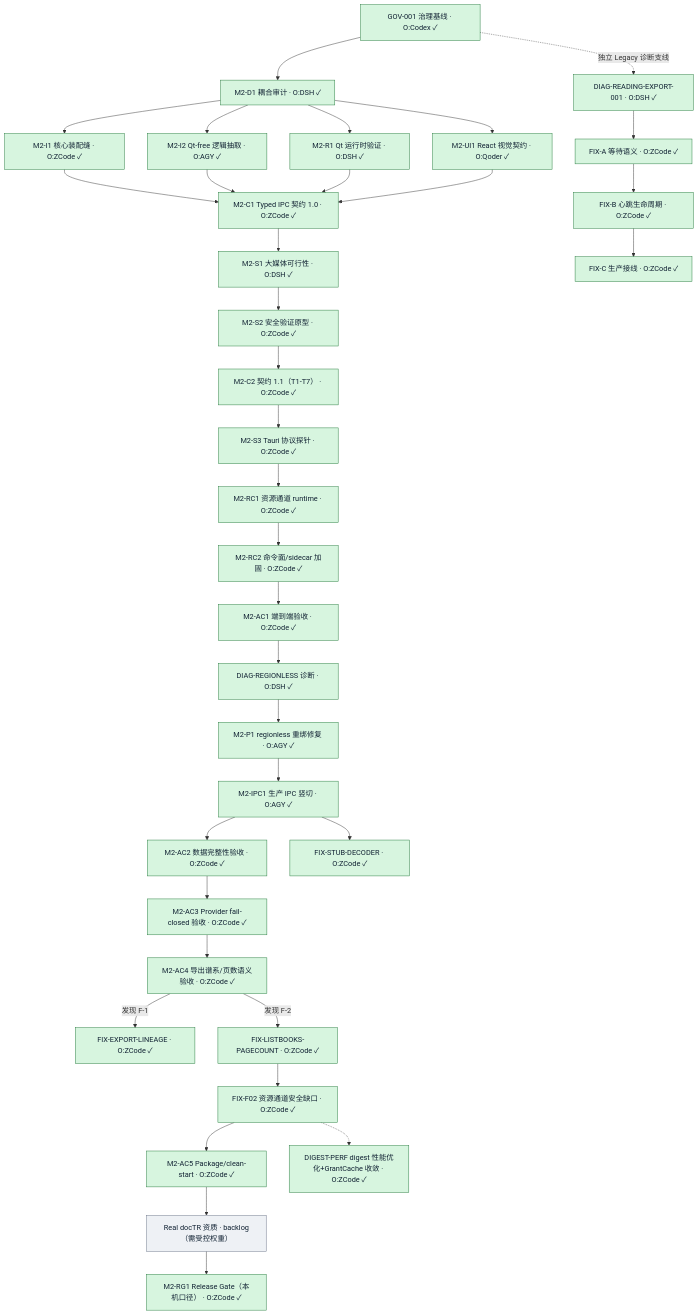
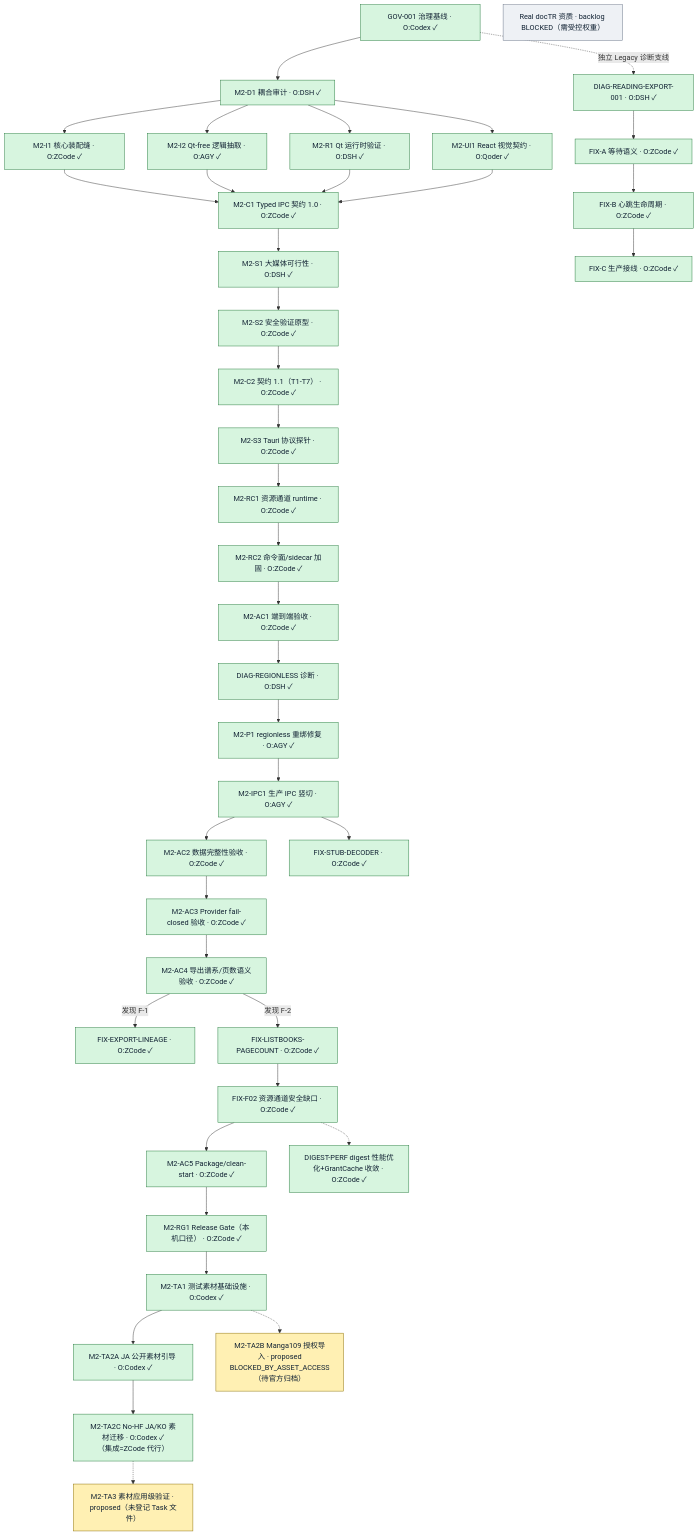
The diagram in doc/REBASELINE_PLAN.md (peakwheat-pixel/New-Manga), drawn with Mermaid before and after one commit. The commit also changed other lines of this file, not shown here.

Commit message:
docs(REBASELINE): sync plan graph/tables to Live Git 29fa6603
- mermaid graph: add asset-family nodes (M2-TA1/TA2A done, TA2B proposed/BLOCKED_BY_ASSET_ACCESS, TA3 proposed); fix stale DOC->RG edge (RG done, docTR independently blocked)
- completed table: add M2-RG1/TA1/TA2A/TA2C rows with Owner/Reviewer/Integrator
- FIX-STUB-DECODER row: stale 'proposed' corrected to done @121a281c per STATUS

````diff
--- a/doc/REBASELINE_PLAN.md
+++ b/doc/REBASELINE_PLAN.md
@@ -74,46 +78,53 @@
 ```mermaid
 flowchart TD
   %% ✓ = done（已集成 main）；O = Owner；R = 非作者 Reviewer；灰色 = backlog 未释放
   GOV["GOV-001 治理基线 · O:Codex ✓"] --> D1["M2-D1 耦合审计 · O:DSH ✓"]
   D1 --> I1["M2-I1 核心装配缝 · O:ZCode ✓"]
   D1 --> I2["M2-I2 Qt-free 逻辑抽取 · O:AGY ✓"]
   D1 --> R1["M2-R1 Qt 运行时验证 · O:DSH ✓"]
   D1 --> UI1["M2-UI1 React 视觉契约 · O:Qoder ✓"]
   I1 --> C1["M2-C1 Typed IPC 契约 1.0 · O:ZCode ✓"]
   I2 --> C1
   R1 --> C1
   UI1 --> C1
   C1 --> S1["M2-S1 大媒体可行性 · O:DSH ✓"]
   S1 --> S2["M2-S2 安全验证原型 · O:ZCode ✓"]
   S2 --> C2["M2-C2 契约 1.1（T1-T7） · O:ZCode ✓"]
   C2 --> S3["M2-S3 Tauri 协议探针 · O:ZCode ✓"]
   S3 --> RC1["M2-RC1 资源通道 runtime · O:ZCode ✓"]
   RC1 --> RC2["M2-RC2 命令面/sidecar 加固 · O:ZCode ✓"]
   RC2 --> AC1["M2-AC1 端到端验收 · O:ZCode ✓"]
   AC1 --> DGR["DIAG-REGIONLESS 诊断 · O:DSH ✓"]
   DGR --> P1["M2-P1 regionless 重绑修复 · O:AGY ✓"]
   P1 --> IPC1["M2-IPC1 生产 IPC 竖切 · O:AGY ✓"]
   IPC1 --> AC2["M2-AC2 数据完整性验收 · O:ZCode ✓"]
   AC2 --> AC3["M2-AC3 Provider fail-closed 验收 · O:ZCode ✓"]
   AC3 --> AC4["M2-AC4 导出谱系/页数语义验收 · O:ZCode ✓"]
   AC4 -->|"发现 F-1"| FXE["FIX-EXPORT-LINEAGE · O:ZCode ✓"]
   AC4 -->|"发现 F-2"| FXL["FIX-LISTBOOKS-PAGECOUNT · O:ZCode ✓"]
   IPC1 --> FXS["FIX-STUB-DECODER · O:ZCode ✓"]
   FXL --> FXF["FIX-F02 资源通道安全缺口 · O:ZCode ✓"]
   GOV -. 独立 Legacy 诊断支线 .-> DIO["DIAG-READING-EXPORT-001 · O:DSH ✓"]
   DIO --> FXA["FIX-A 等待语义 · O:ZCode ✓"]
   FXA --> FXB["FIX-B 心跳生命周期 · O:ZCode ✓"]
   FXB --> FXC["FIX-C 生产接线 · O:ZCode ✓"]
 
-  %% 未完成：backlog（当前仅 Real docTR，BLOCKED 待用户受控权重）
   FXF --> PKG["M2-AC5 Package/clean-start · O:ZCode ✓"]
-  PKG --> DOC["Real docTR 资质 · backlog（需受控权重）"]
-  DOC --> RG["M2-RG1 Release Gate（本机口径） · O:ZCode ✓"]
+  PKG --> RG["M2-RG1 Release Gate（本机口径） · O:ZCode ✓"]
   FXF -.-> DP["DIGEST-PERF digest 性能优化+GrantCache 收敛 · O:ZCode ✓"]
+
+  %% 测试素材家族（2026-09-29 用户授权阶段）
+  RG --> TA1["M2-TA1 测试素材基础设施 · O:Codex ✓"]
+  TA1 --> TA2A["M2-TA2A JA 公开素材引导 · O:Codex ✓"]
+  TA2A --> TA2C["M2-TA2C No-HF JA/KO 素材迁移 · O:Codex ✓<br/>（集成=ZCode 代行）"]
+  TA1 -.-> TA2B["M2-TA2B Manga109 授权导入 · proposed<br/>BLOCKED_BY_ASSET_ACCESS（待官方归档）"]
+  TA2C -.-> TA3["M2-TA3 素材应用级验证 · proposed（未登记 Task 文件）"]
+  DOC["Real docTR 资质 · backlog BLOCKED（需受控权重）"]
 
   classDef done fill:#d7f5df,stroke:#237a3b,color:#123;
   classDef proposed fill:#fff0b3,stroke:#8a6d00,color:#123;
   classDef backlog fill:#eef1f5,stroke:#697386,color:#123;
-  class GOV,D1,I1,I2,R1,UI1,C1,S1,S2,C2,S3,RC1,RC2,AC1,DGR,P1,IPC1,AC2,AC3,AC4,FXE,FXL,FXS,FXF,DIO,FXA,FXB,FXC,DP,PKG,RG done;
+  class GOV,D1,I1,I2,R1,UI1,C1,S1,S2,C2,S3,RC1,RC2,AC1,DGR,P1,IPC1,AC2,AC3,AC4,FXE,FXL,FXS,FXF,DIO,FXA,FXB,FXC,DP,PKG,RG,TA1,TA2A,TA2C done;
+  class TA2B,TA3 proposed;
   class DOC backlog;
 ```
````
